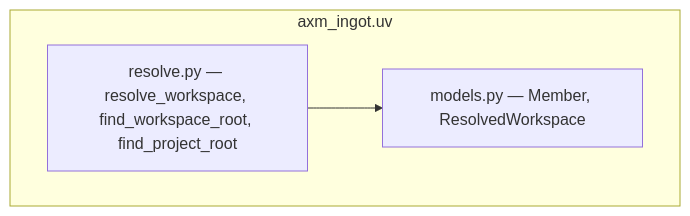
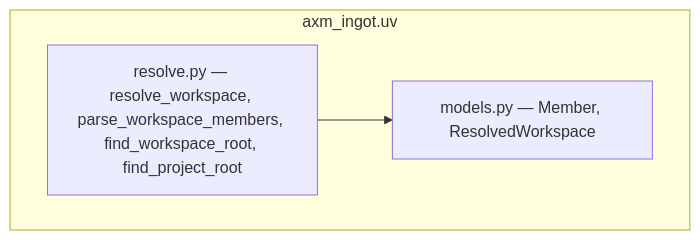
The diagram in packages/axm-ingot/docs/explanation/architecture.md (axm-protocols/axm-forge), drawn with Mermaid before and after one commit. The commit also changed other lines of this file and 6 other files, not shown here.

First line of the commit message:
refactor(axm-ast): drop local parse_workspace_members, delegate to axm-ingot

````diff
--- a/packages/axm-ingot/docs/explanation/architecture.md
+++ b/packages/axm-ingot/docs/explanation/architecture.md
@@ -9,8 +9,8 @@
 ```mermaid
 graph TD
     subgraph "axm_ingot.uv"
         Models["models.py — Member, ResolvedWorkspace"]
-        Resolve["resolve.py — resolve_workspace, find_workspace_root, find_project_root"]
+        Resolve["resolve.py — resolve_workspace, parse_workspace_members, find_workspace_root, find_project_root"]
     end
     Resolve --> Models
 ```
````
